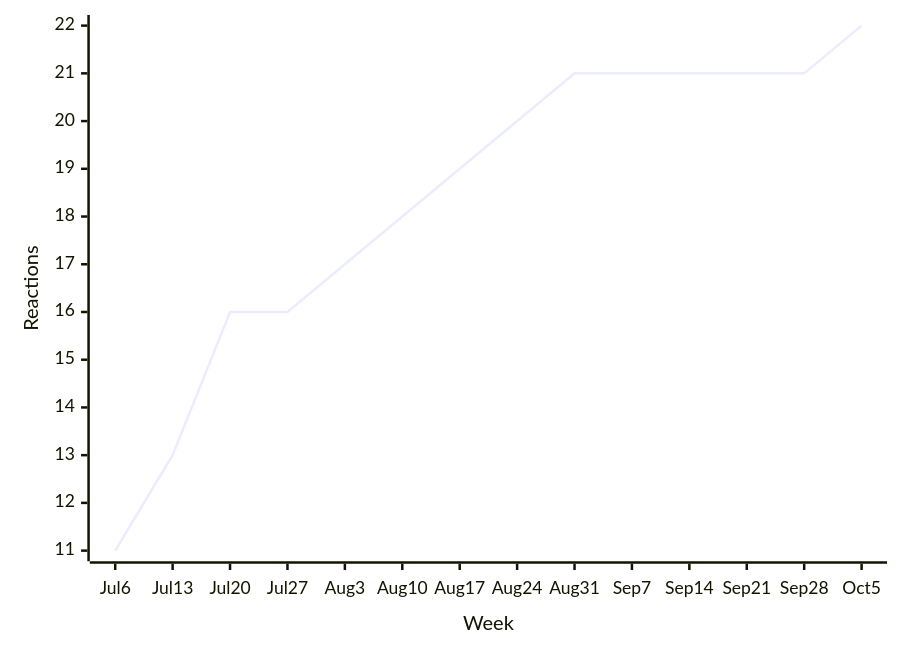
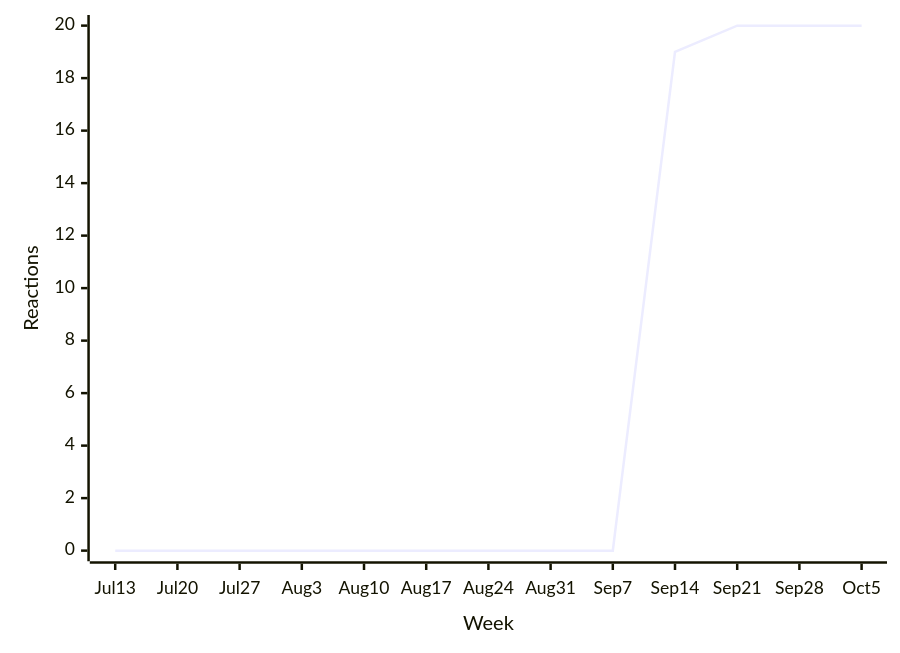
Before and after one commit to loic-sharma/github-insights: the fifth of 34 diagrams in README.md, drawn with Mermaid. The commit also changed other lines of this file and 3 other files, not shown here.

````diff
--- a/README.md
+++ b/README.md
@@ -392,6 +392,6 @@
   ```mermaid
   xychart-beta
-    x-axis "Week" [Jul 6, Jul 13, Jul 20, Jul 27, Aug 3, Aug 10, Aug 17, Aug 24, Aug 31, Sep 7, Sep 14, Sep 21, Sep 28, Oct 5]
-    y-axis "Reactions"
-    line [11, 13, 16, 16, 17, 18, 19, 20, 21, 21, 21, 21, 21, 22]
+    x-axis "Week" [Jul 13, Jul 20, Jul 27, Aug 3, Aug 10, Aug 17, Aug 24, Aug 31, Sep 7, Sep 14, Sep 21, Sep 28, Oct 5]
+    y-axis "Reactions" 0 --> 20
+    line [0, 0, 0, 0, 0, 0, 0, 0, 0, 19, 20, 20, 20]
   ```
````
